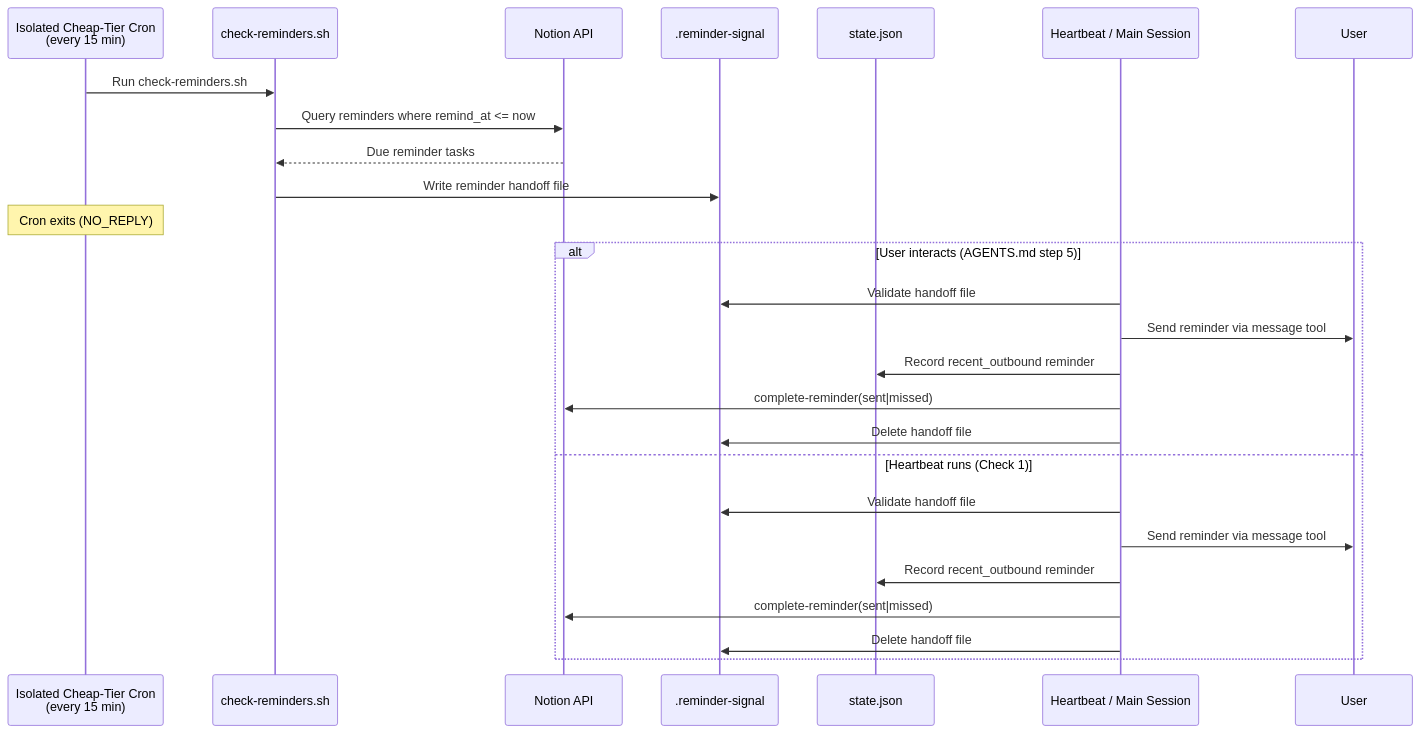
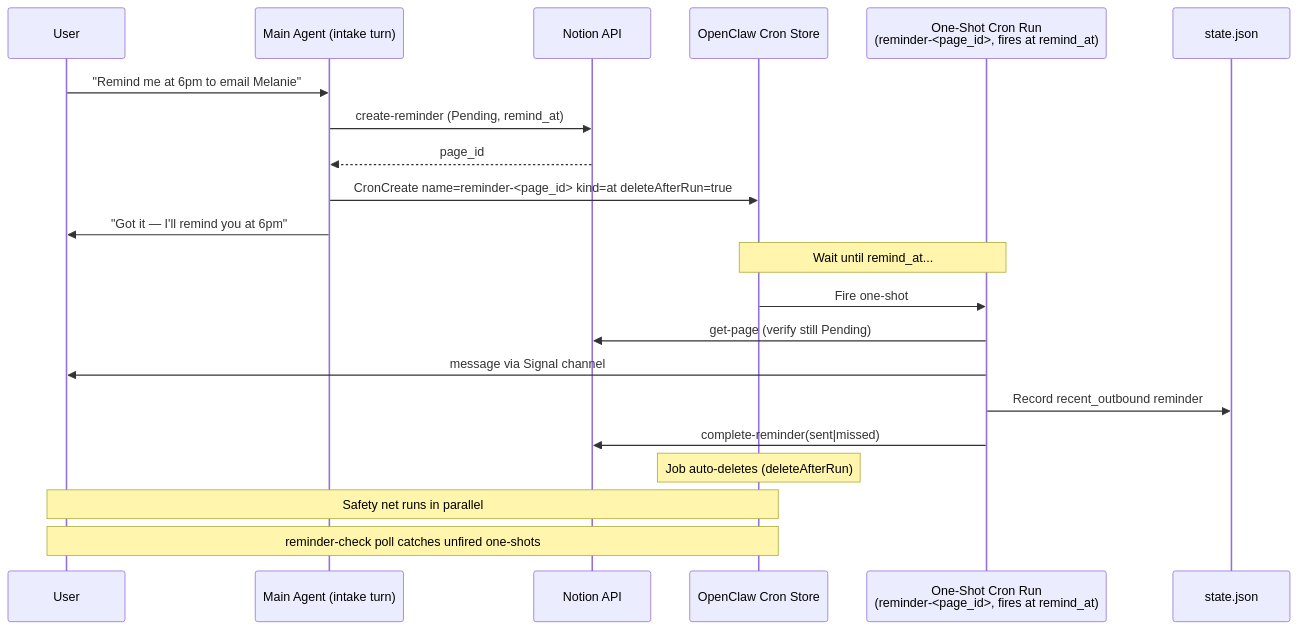
Before and after one commit to NickBorgersProbably/hide-my-list: the fifth of 6 diagrams in docs/architecture.md, drawn with Mermaid. The commit also changed other lines of this file and 11 other files, not shown here.

First line of the commit message:
fix(reminders): register one-shot OpenClaw cron at intake to suppress reminder-guard note

````diff
--- a/docs/architecture.md
+++ b/docs/architecture.md
@@ -200,29 +200,27 @@
 ```mermaid
 sequenceDiagram
-    participant Cron as Isolated Cheap-Tier Cron<br/>(every 15 min)
-    participant Script as check-reminders.sh
+    participant User
+    participant Main as Main Agent (intake turn)
     participant Notion as Notion API
-    participant Signal as .reminder-signal
+    participant Cron as OpenClaw Cron Store
+    participant OneShot as One-Shot Cron Run<br/>(reminder-<page_id>, fires at remind_at)
     participant State as state.json
-    participant Delivery as Heartbeat / Main Session
-    participant User
 
-    Cron->>Script: Run check-reminders.sh
-    Script->>Notion: Query reminders where remind_at <= now
-    Notion-->>Script: Due reminder tasks
-    Script->>Signal: Write reminder handoff file
-    Note over Cron: Cron exits (NO_REPLY)
-    alt User interacts (AGENTS.md step 5)
-        Delivery->>Signal: Validate handoff file
-        Delivery->>User: Send reminder via message tool
-        Delivery->>State: Record recent_outbound reminder
-        Delivery->>Notion: complete-reminder(sent|missed)
-        Delivery->>Signal: Delete handoff file
-    else Heartbeat runs (Check 1)
-        Delivery->>Signal: Validate handoff file
-        Delivery->>User: Send reminder via message tool
-        Delivery->>State: Record recent_outbound reminder
-        Delivery->>Notion: complete-reminder(sent|missed)
-        Delivery->>Signal: Delete handoff file
-    end
+    User->>Main: "Remind me at 6pm to email Melanie"
+    Main->>Notion: create-reminder (Pending, remind_at)
+    Notion-->>Main: page_id
+    Main->>Cron: CronCreate name=reminder-<page_id> kind=at deleteAfterRun=true
+    Main->>User: "Got it — I'll remind you at 6pm"
+
+    Note over Cron,OneShot: Wait until remind_at...
+
+    Cron->>OneShot: Fire one-shot
+    OneShot->>Notion: get-page (verify still Pending)
+    OneShot->>User: message via Signal channel
+    OneShot->>State: Record recent_outbound reminder
+    OneShot->>Notion: complete-reminder(sent|missed)
+    Note over Cron: Job auto-deletes (deleteAfterRun)
+
+    Note over Cron,User: Safety net runs in parallel
+    Note over Cron,User: reminder-check poll catches unfired one-shots
 ```
````
